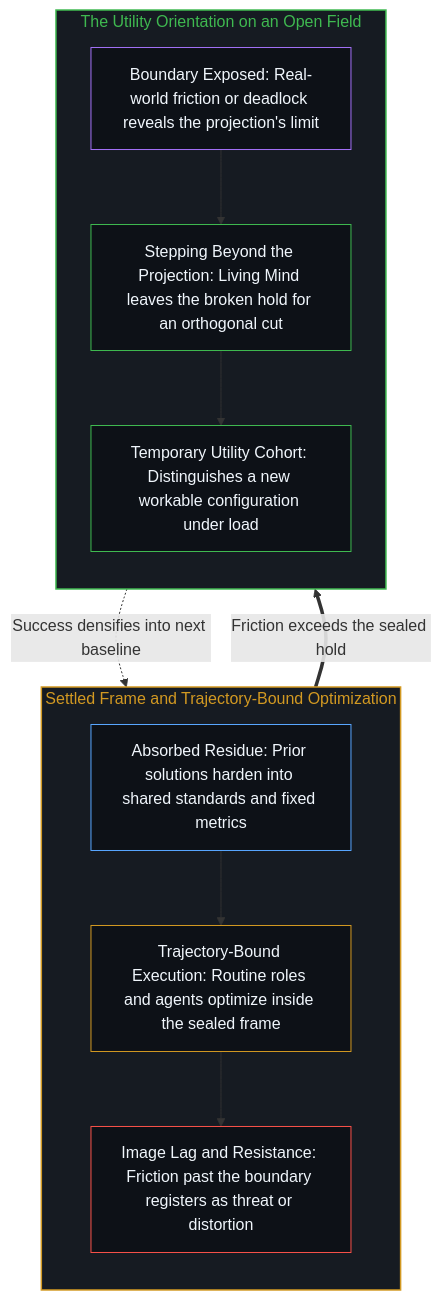
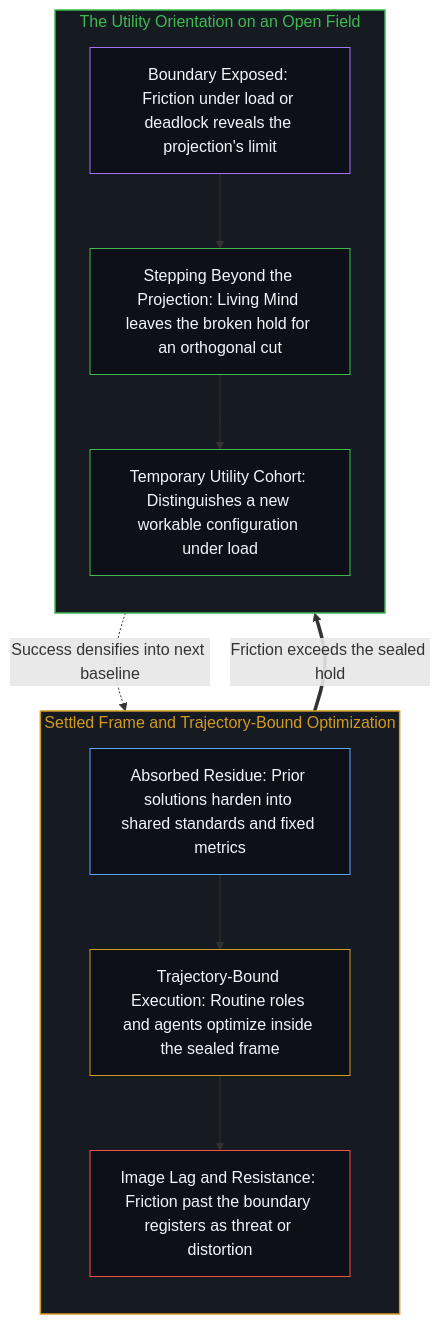
Before and after one commit to powerpig99/not-a-toe: the second of 2 diagrams in content/posts/the-utility-men-of-progress.md, drawn with Mermaid. The commit also changed other lines of this file and 2 other files, not shown here.

````diff
--- a/content/posts/the-utility-men-of-progress.md
+++ b/content/posts/the-utility-men-of-progress.md
@@ -112,30 +109,27 @@
 ```mermaid
 flowchart TD
     subgraph S_Closed["Settled Frame and Trajectory-Bound Optimization"]
         direction TB
         C_Absorb["Absorbed Residue: Prior solutions harden into shared standards and fixed metrics"]
         C_Traj["Trajectory-Bound Execution: Routine roles and agents optimize inside the sealed frame"]
         C_Lag["Image Lag and Resistance: Friction past the boundary registers as threat or distortion"]
         C_Absorb --> C_Traj --> C_Lag
     end
-
     subgraph S_Open["The Utility Orientation on an Open Field"]
         direction TB
-        O_Signal["Boundary Exposed: Real-world friction or deadlock reveals the projection's limit"]
+        O_Signal["Boundary Exposed: Friction under load or deadlock reveals the projection's limit"]
         O_Step["Stepping Beyond the Projection: Living Mind leaves the broken hold for an orthogonal cut"]
         O_Solve["Temporary Utility Cohort: Distinguishes a new workable configuration under load"]
         O_Signal --> O_Step --> O_Solve
     end
-
     C_Lag ==>|"Friction exceeds the sealed hold"| O_Signal
     O_Solve -.->|"Success densifies into next baseline"| C_Absorb
-
     style S_Closed fill:#161b22,stroke:#d29922,stroke-width:1.5px,color:#d29922
     style S_Open fill:#161b22,stroke:#3fb950,stroke-width:1.5px,color:#3fb950
     style C_Absorb fill:#0d1117,stroke:#58a6ff,stroke-width:1px,color:#f0f6fc
     style C_Traj fill:#0d1117,stroke:#d29922,stroke-width:1px,color:#f0f6fc
     style C_Lag fill:#0d1117,stroke:#f85149,stroke-width:1px,color:#f0f6fc
     style O_Signal fill:#0d1117,stroke:#a371f7,stroke-width:1px,color:#f0f6fc
     style O_Step fill:#0d1117,stroke:#3fb950,stroke-width:1px,color:#f0f6fc
     style O_Solve fill:#0d1117,stroke:#3fb950,stroke-width:1px,color:#f0f6fc
 ```
````
